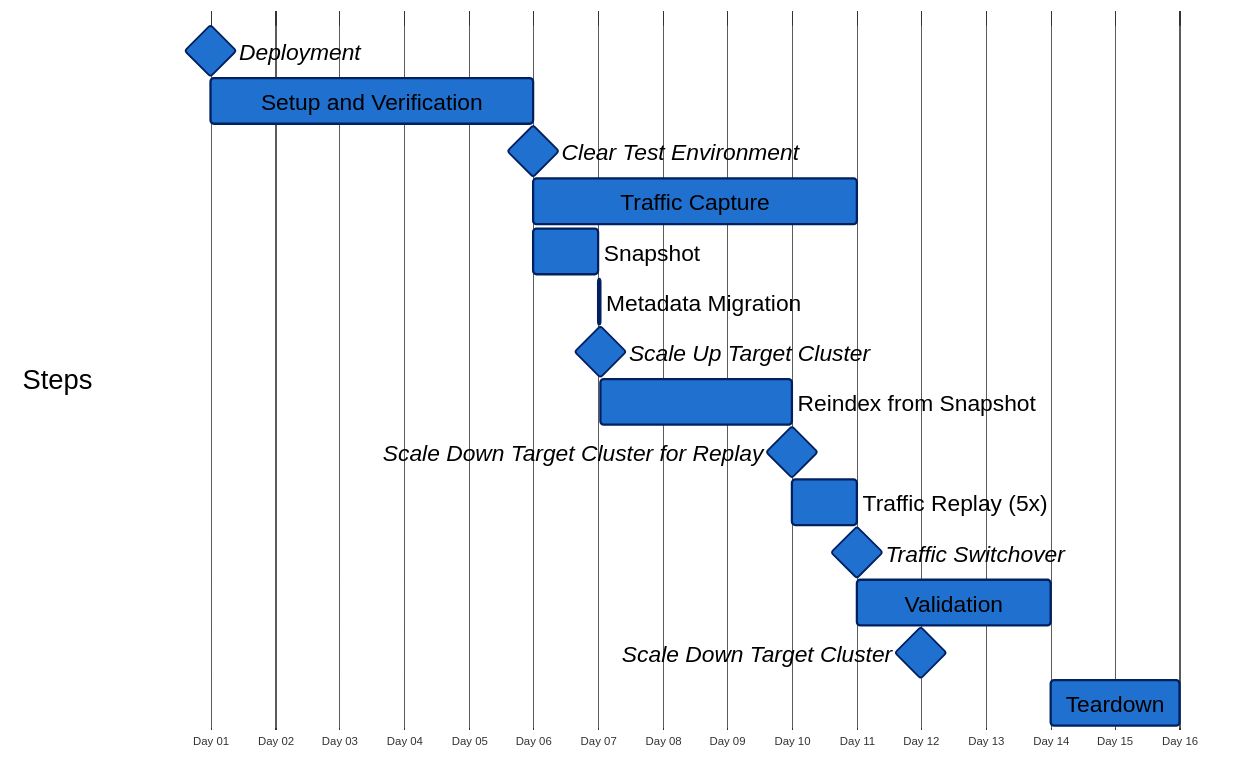
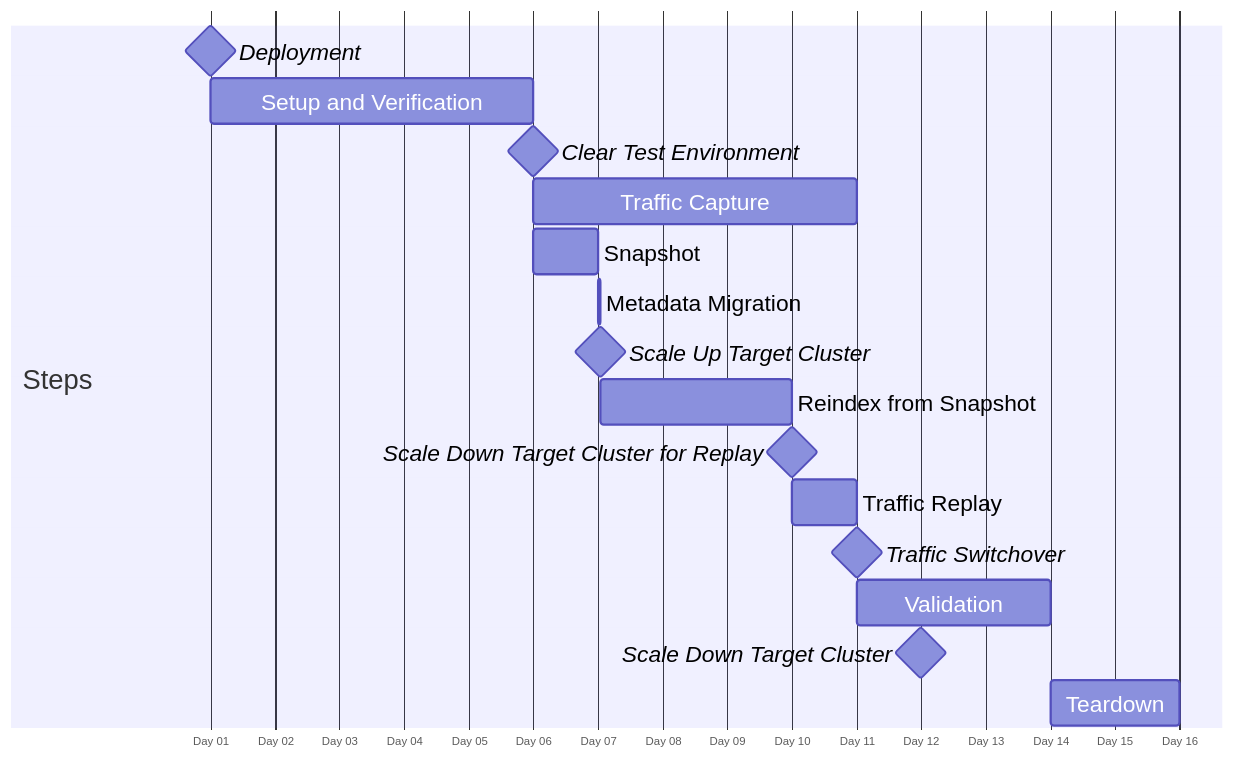
Before and after one commit to opensearch-project/opensearch-migrations: the first of 2 diagrams in docs/MigrationTimeline.md, drawn with Mermaid. The commit also changed other lines of this file, not shown here.

````diff
--- a/docs/MigrationTimeline.md
+++ b/docs/MigrationTimeline.md
@@ -8,41 +13,33 @@
 ```mermaid
 %%{
   init: {
-    'theme': 'base',
-    'themeVariables': {
-      'primaryColor': '#2070D0',
-      'primaryTextColor': '#000000',      
-      'primaryBorderColor': '#002060',
-      'tertiaryColor': '#FFFFFF',
-      'taskTextColor': '#00000'
-    },
     "gantt": {
         "fontSize": 20,
         "barHeight": 40,
         "sectionFontSize": 24,
         "leftPadding": 175
     }
   }
 }%%
 gantt
     dateFormat D HH
     axisFormat Day %d
     todayMarker off
     tickInterval 1day
 
     section Steps
     Deployment : milestone, deployment, 1 00, 0d
     Setup and Verification : setup, after deployment, 5d
     Clear Test Environment : milestone, clear, after setup, 0d
     Traffic Capture : traffic_capture, after clear, 5d
     Snapshot : snapshot, after clear, 1d
     Metadata Migration : metadata, after snapshot, 1h
     Scale Up Target Cluster : milestone, after metadata, 0d
     Reindex from Snapshot : rfs, after metadata, 71h
     Scale Down Target Cluster for Replay : milestone, after rfs, 0d
-    Traffic Replay (5x): replay, after rfs, 1d
+    Traffic Replay: replay, after rfs, 1d
     Traffic Switchover : milestone, switchover, after replay, 0d
     Validation : validation, after switchover, 3d
     Scale Down Target Cluster : milestone, 12 00, 0d
     Teardown   : teardown, after validation, 2d
 ```
````
